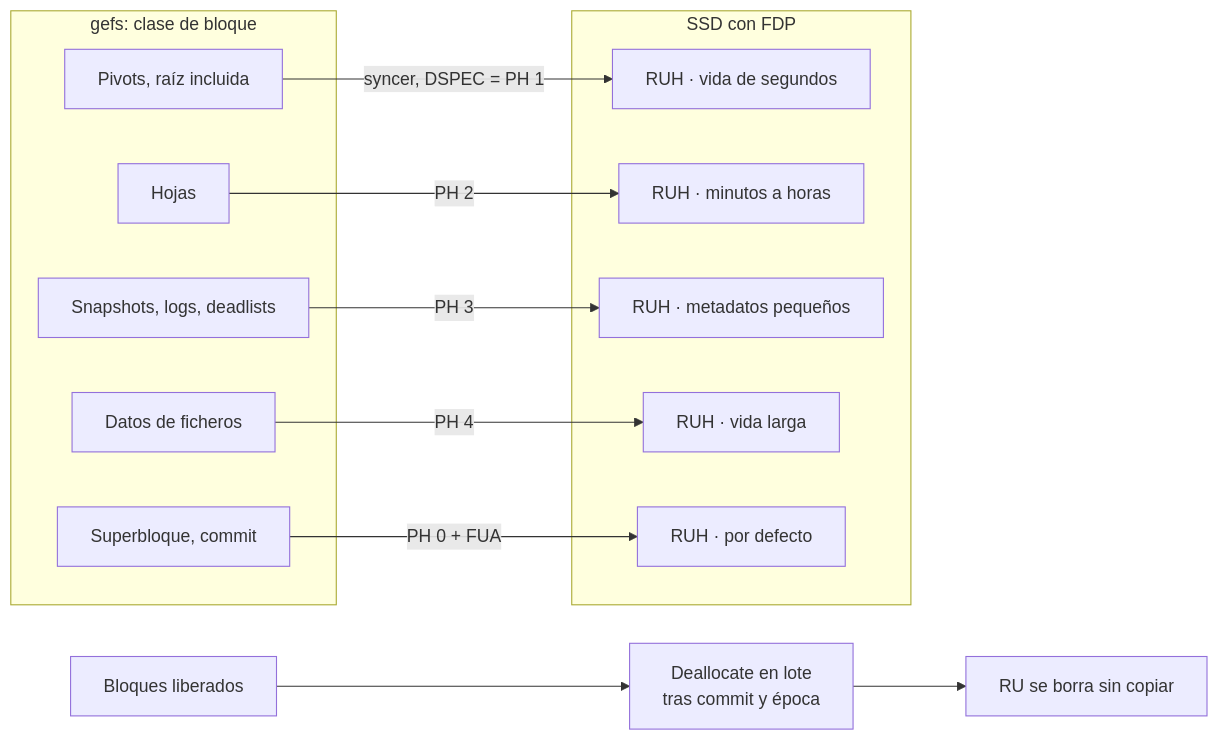
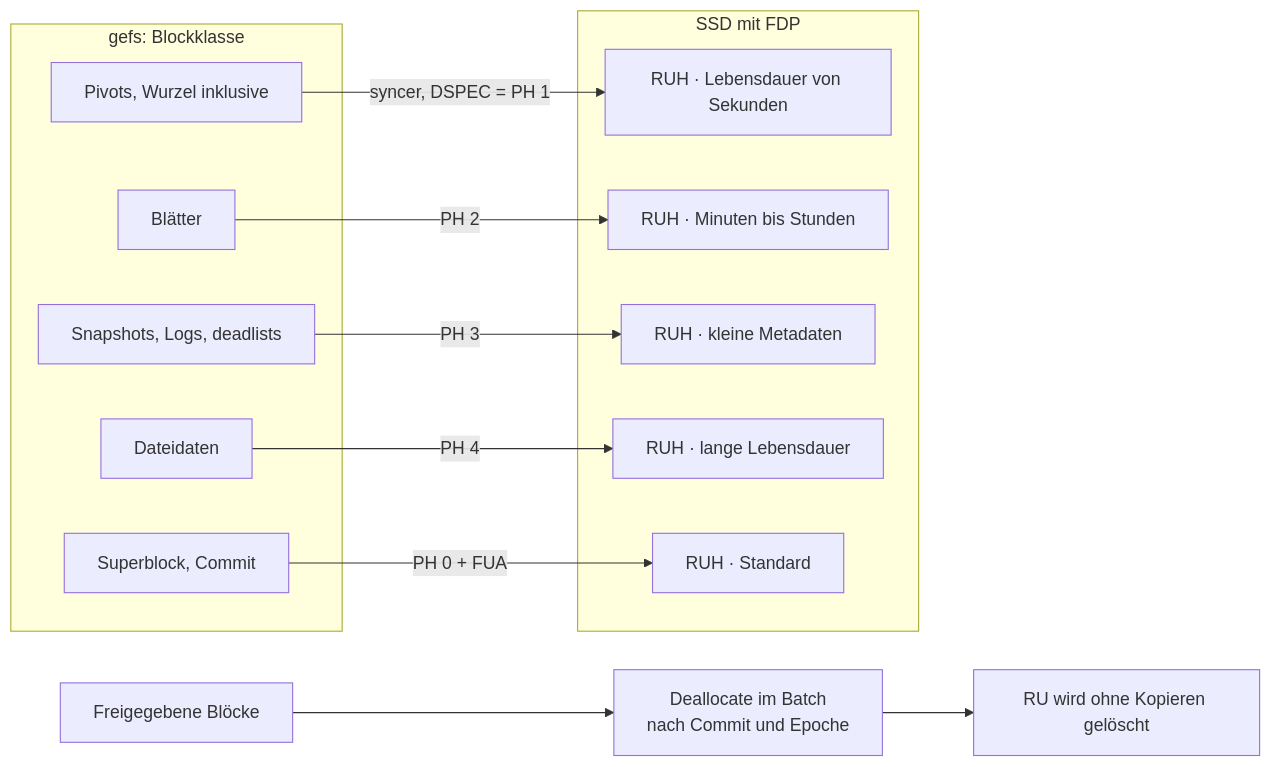
One commit to AbstractBike/SilvioMaciasSanchez changed the diagram in sistemas-de-ficheros/gefs-fdp.md. Above: the diagram before and after it, drawn with Mermaid. The commit also changed other lines of this file and 4 other files, not shown here.

````diff
--- a/sistemas-de-ficheros/gefs-fdp.md
+++ b/sistemas-de-ficheros/gefs-fdp.md
@@ -62,23 +62,23 @@
 ```mermaid
 flowchart LR
-  subgraph gefs["gefs: clase de bloque"]
-    P[Pivots, raíz incluida]
-    H[Hojas]
-    M[Snapshots, logs, deadlists]
-    D[Datos de ficheros]
-    S[Superbloque, commit]
+  subgraph gefs["gefs: Blockklasse"]
+    P[Pivots, Wurzel inklusive]
+    H[Blätter]
+    M[Snapshots, Logs, deadlists]
+    D[Dateidaten]
+    S[Superblock, Commit]
   end
-  subgraph ssd["SSD con FDP"]
-    R1[RUH · vida de segundos]
-    R2[RUH · minutos a horas]
-    R3[RUH · metadatos pequeños]
-    R4[RUH · vida larga]
-    R0[RUH · por defecto]
+  subgraph ssd["SSD mit FDP"]
+    R1[RUH · Lebensdauer von Sekunden]
+    R2[RUH · Minuten bis Stunden]
+    R3[RUH · kleine Metadaten]
+    R4[RUH · lange Lebensdauer]
+    R0[RUH · Standard]
   end
   P -->|syncer, DSPEC = PH 1| R1
   H -->|PH 2| R2
   M -->|PH 3| R3
   D -->|PH 4| R4
   S -->|PH 0 + FUA| R0
-  F[Bloques liberados] --> DA["Deallocate en lote<br/>tras commit y época"] --> RU[RU se borra sin copiar]
+  F[Freigegebene Blöcke] --> DA["Deallocate im Batch<br/>nach Commit und Epoche"] --> RU[RU wird ohne Kopieren gelöscht]
 ```
````
